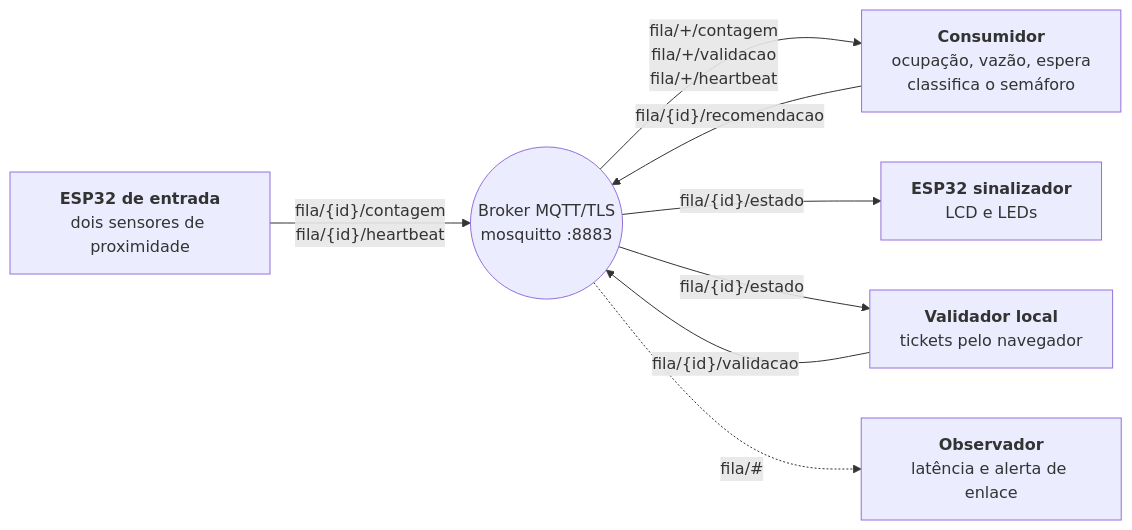
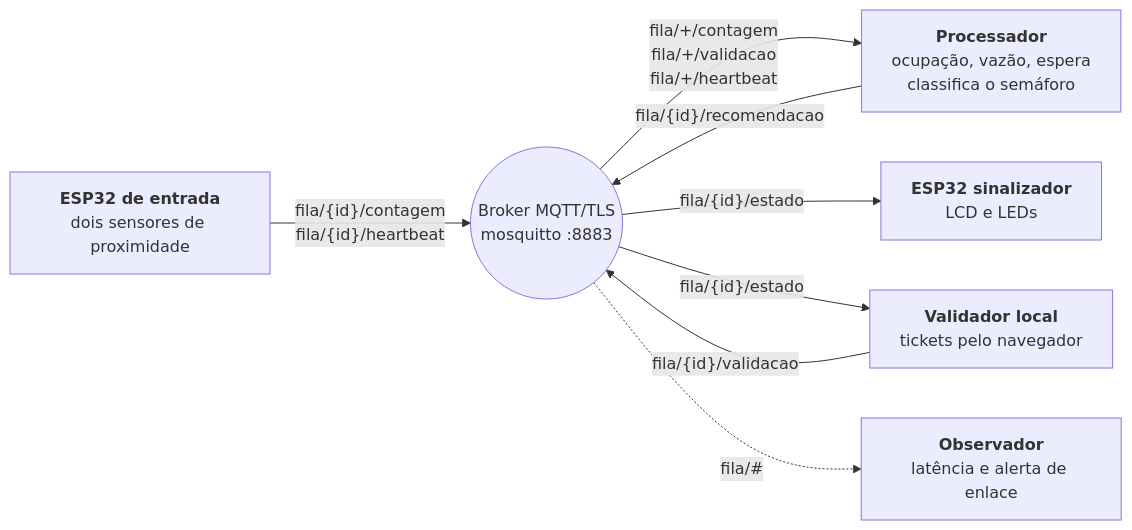
One commit to UFG-INF-SSU-2026/Leite-de-Pedra changed the diagram in README.md. Above: the diagram before and after it, drawn with Mermaid. The commit also changed other lines of this file and 10 other files, not shown here.

Commit message:
refactor: renomear consumidor para processador

````diff
--- a/README.md
+++ b/README.md
@@ -12,17 +12,17 @@
 ```mermaid
 flowchart LR
     P["<b>ESP32 de entrada</b><br/>dois sensores de proximidade"]
     S["<b>ESP32 sinalizador</b><br/>LCD e LEDs"]
     V["<b>Validador local</b><br/>tickets pelo navegador"]
     B(("Broker MQTT/TLS<br/>mosquitto :8883"))
-    C["<b>Consumidor</b><br/>ocupação, vazão, espera<br/>classifica o semáforo"]
+    C["<b>Processador</b><br/>ocupação, vazão, espera<br/>classifica o semáforo"]
     O["<b>Observador</b><br/>latência e alerta de enlace"]
 
     P -- "fila/{id}/contagem<br/>fila/{id}/heartbeat" --> B
     V -- "fila/{id}/validacao" --> B
     B -- "fila/+/contagem<br/>fila/+/validacao<br/>fila/+/heartbeat" --> C
     C -- "fila/{id}/recomendacao" --> B
     B -- "fila/{id}/estado" --> S
     B -- "fila/{id}/estado" --> V
     B -. "fila/#" .-> O
 ```
````
